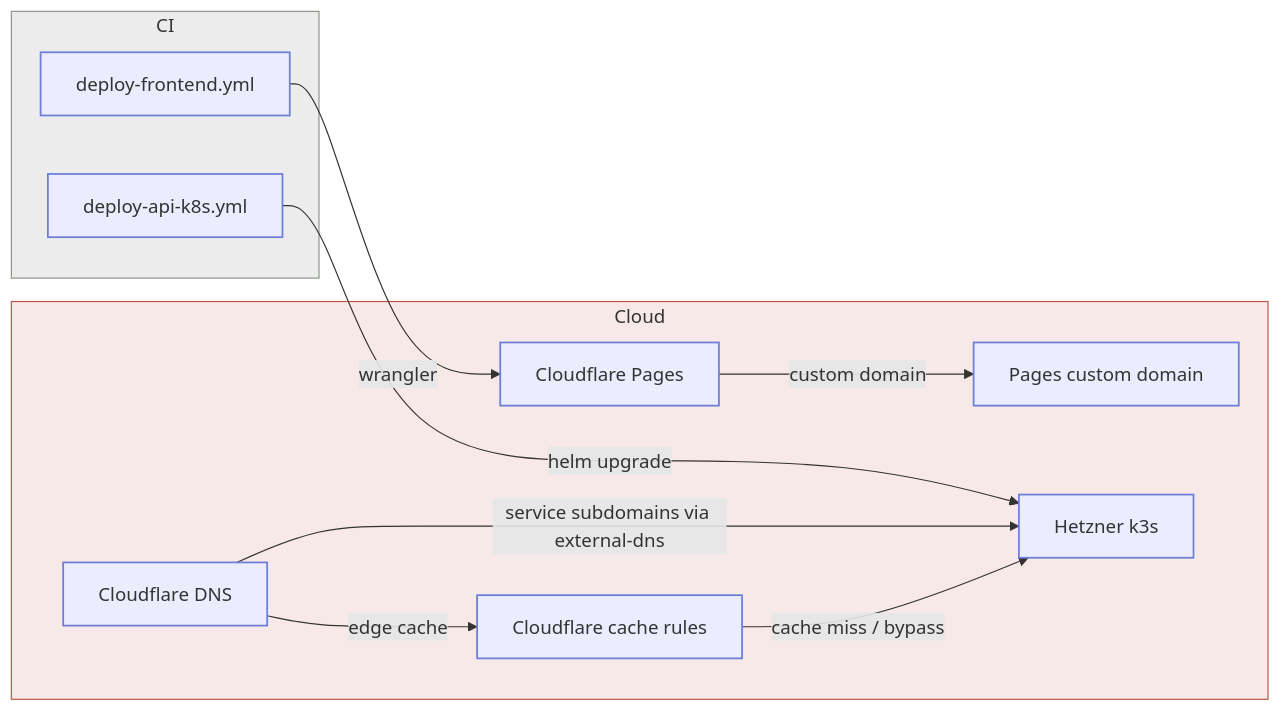
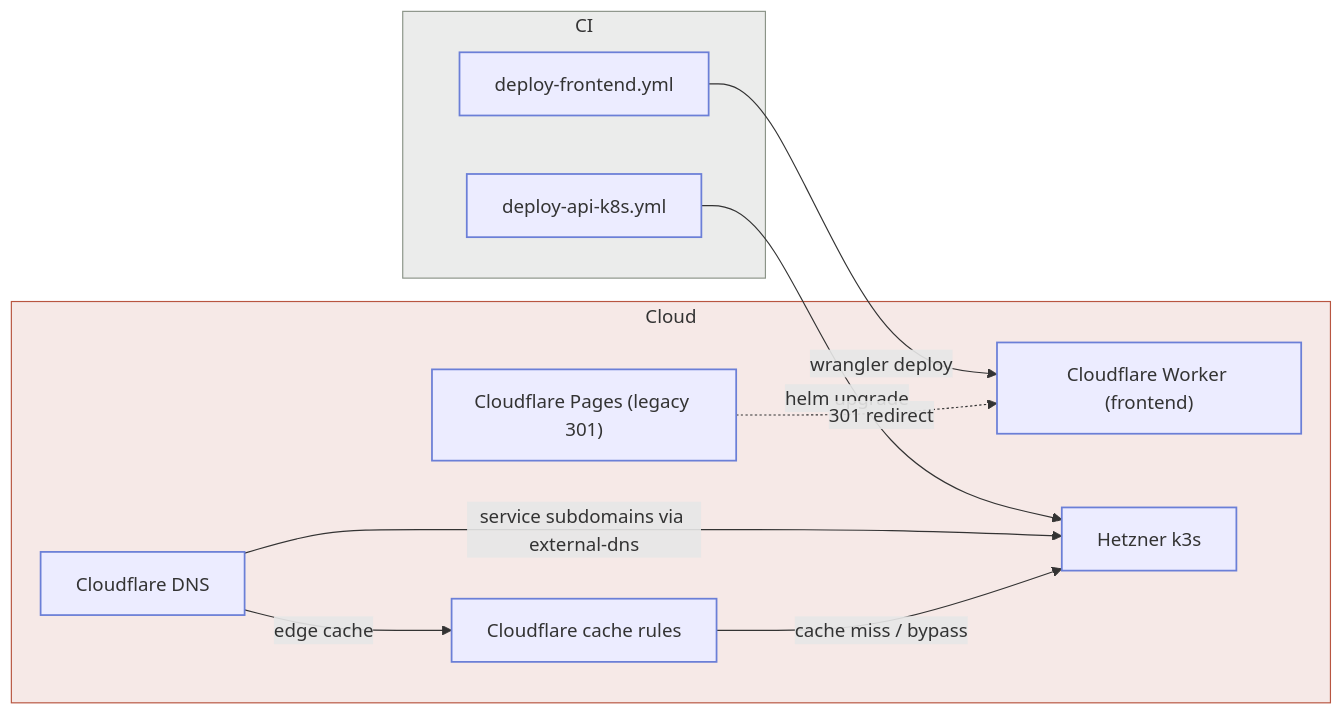
One commit to Ishou/wordsparrow changed the second of 5 diagrams in README.md. Above: the diagram before and after it, drawn with Mermaid. The commit also changed 6 other files, not shown here.

First line of the commit message:
feat(infra): cut frontend production domains over to the worker

````diff
--- a/README.md
+++ b/README.md
@@ -128,23 +128,23 @@
 ```mermaid
 flowchart LR
   subgraph CI
     deploy_api_k8s["deploy-api-k8s.yml"]
     deploy_frontend["deploy-frontend.yml"]
   end
   subgraph Cloud
-    pages["Cloudflare Pages"]
-    pagesdomain["Pages custom domain"]
+    workers["Cloudflare Worker (frontend)"]
+    pages["Cloudflare Pages (legacy 301)"]
     dns["Cloudflare DNS"]
     cacherules["Cloudflare cache rules"]
     k3s["Hetzner k3s"]
   end
-  deploy_frontend -->|wrangler| pages
+  deploy_frontend -->|wrangler deploy| workers
   deploy_api_k8s -->|helm upgrade| k3s
-  pages -->|custom domain| pagesdomain
+  pages -. 301 redirect .-> workers
   dns -->|service subdomains via external-dns| k3s
   dns -->|edge cache| cacherules
   cacherules -->|cache miss / bypass| k3s
   style CI fill:#5a655a1f,stroke:#8b9488;
   style Cloud fill:#b8554020,stroke:#b85540;
   classDef default stroke:#6b7fd7,stroke-width:1.5px;
 ```
````
